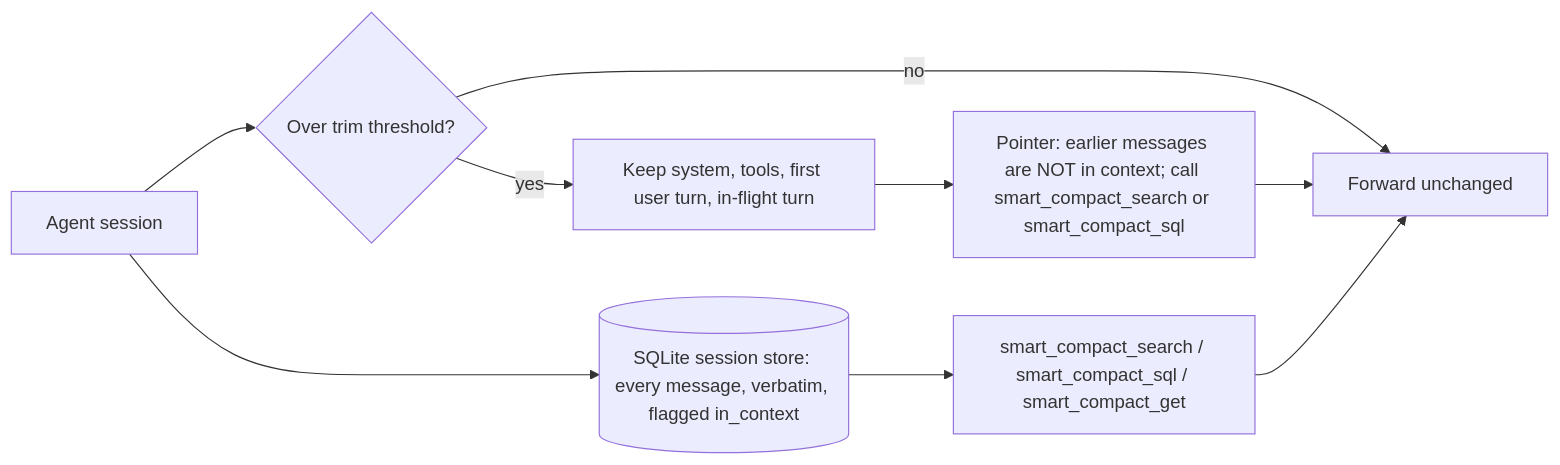
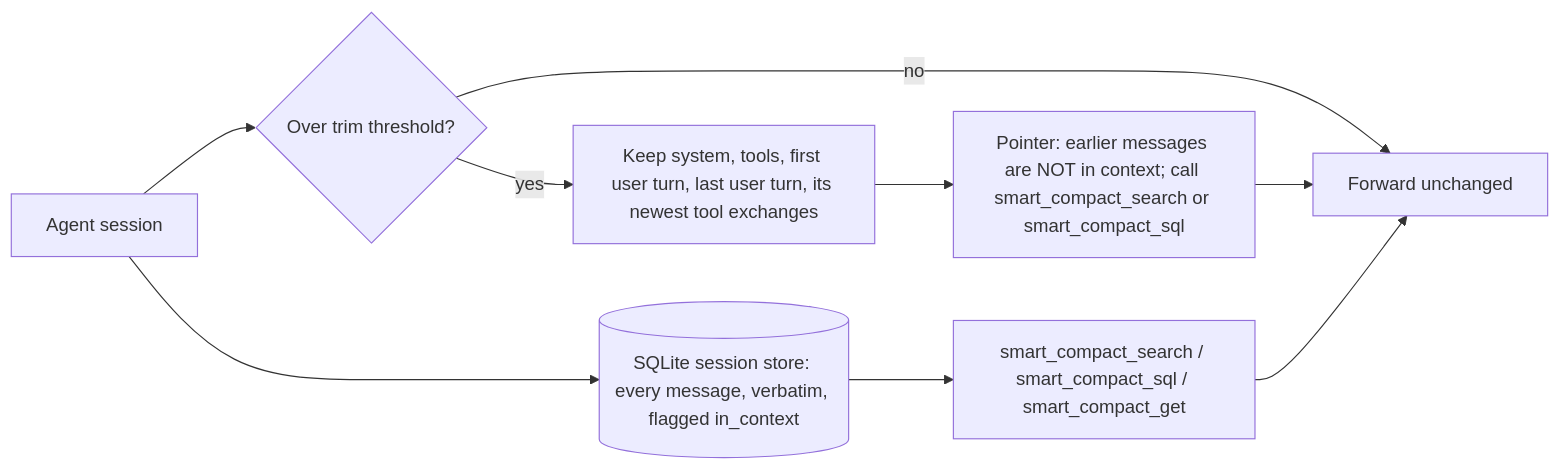
One commit to bcmyguest/openmem changed the diagram in docs/context-research.md. Above: the diagram before and after it, drawn with Mermaid. The commit also changed 4 other files, not shown here.

Commit message:
docs: trim keeps the reply before the cut, drops old in-turn exchanges

````diff
--- a/docs/context-research.md
+++ b/docs/context-research.md
@@ -15,11 +15,11 @@
 ```mermaid
 flowchart LR
   S[Agent session] --> T{Over trim threshold?}
   T -- no --> F[Forward unchanged]
-  T -- yes --> K[Keep system, tools, first user turn, in-flight turn]
+  T -- yes --> K[Keep system, tools, first user turn, last user turn, its newest tool exchanges]
   S --> L[("SQLite session store: every message, verbatim, flagged in_context")]
   K --> P["Pointer: earlier messages are NOT in context; call smart_compact_search or smart_compact_sql"]
   P --> F
   L --> Q[smart_compact_search / smart_compact_sql / smart_compact_get]
   Q --> F
 ```
````
